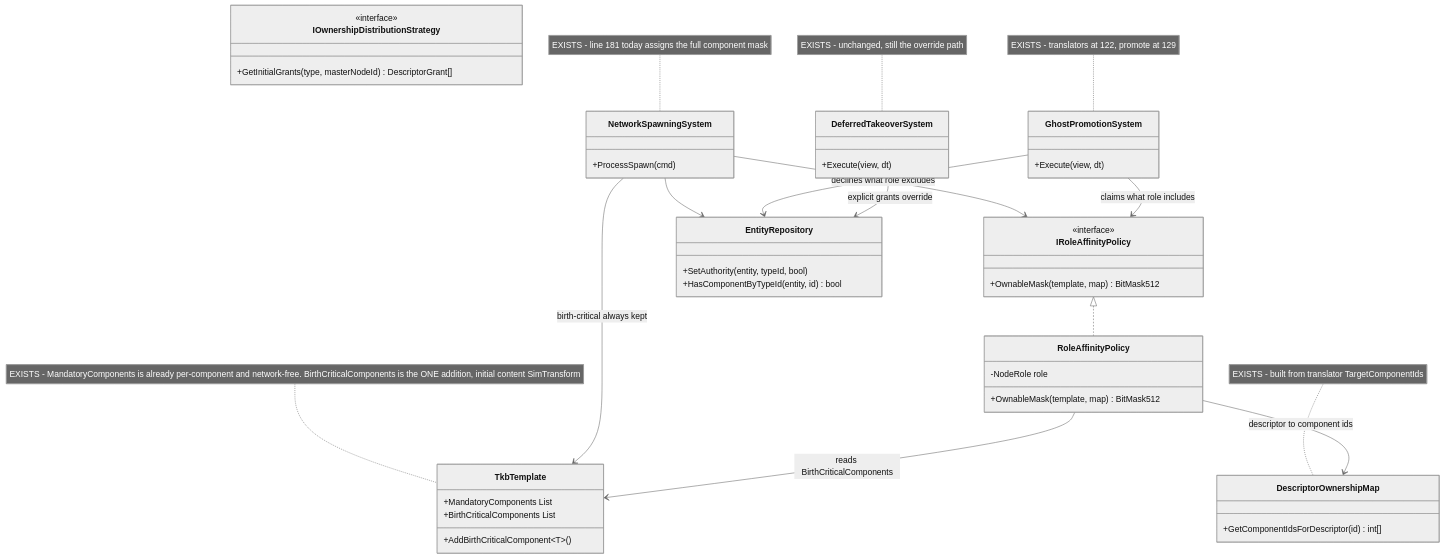
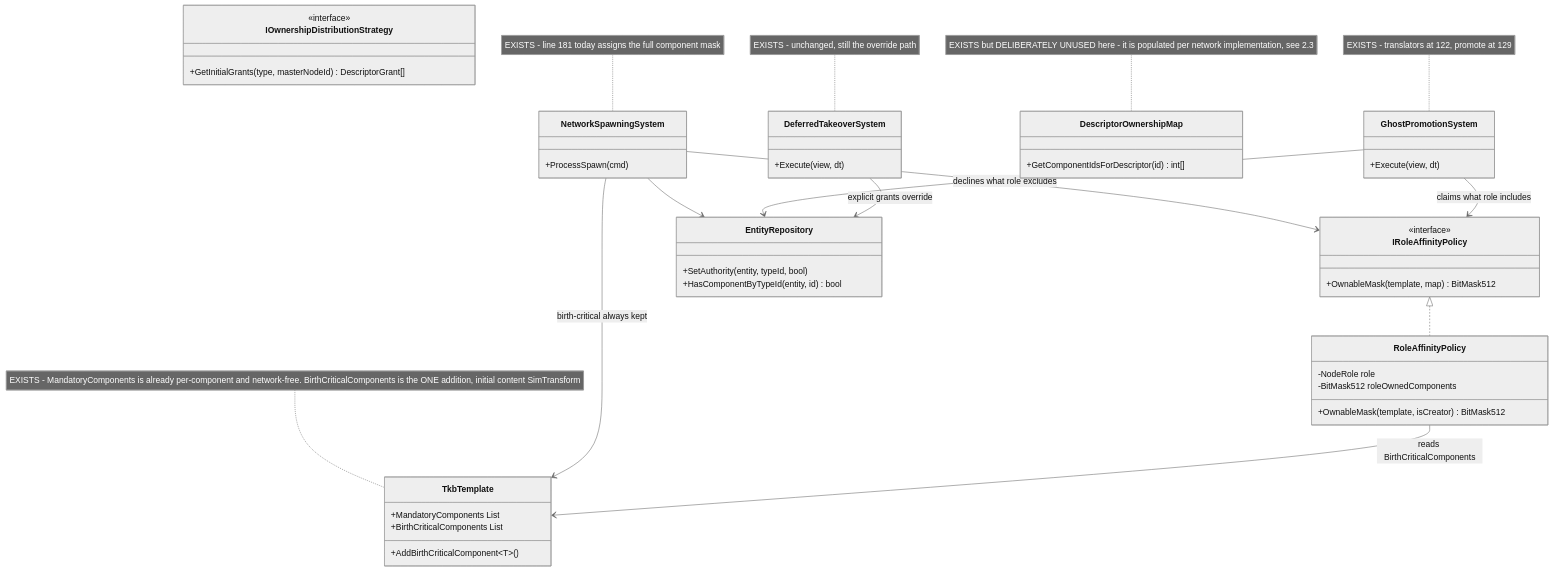
One commit to pjanec/HROT changed the first of 3 diagrams in docs/DESIGN_Role_Affinity_Ownership.md. Above: the diagram before and after it, drawn with Mermaid (neutral theme). The commit also changed other lines of this file, not shown here.

````diff
--- a/docs/DESIGN_Role_Affinity_Ownership.md
+++ b/docs/DESIGN_Role_Affinity_Ownership.md
@@ -233,52 +278,52 @@
 ```mermaid
 classDiagram
     class IRoleAffinityPolicy {
         <<interface>>
         +OwnableMask(template, map) BitMask512
     }
     class RoleAffinityPolicy {
         -NodeRole role
-        +OwnableMask(template, map) BitMask512
+        -BitMask512 roleOwnedComponents
+        +OwnableMask(template, isCreator) BitMask512
     }
     class IOwnershipDistributionStrategy {
         <<interface>>
         +GetInitialGrants(type, masterNodeId) DescriptorGrant[]
     }
     class NetworkSpawningSystem {
         +ProcessSpawn(cmd)
     }
     class GhostPromotionSystem {
         +Execute(view, dt)
     }
     class DescriptorOwnershipMap {
         +GetComponentIdsForDescriptor(id) int[]
     }
     class TkbTemplate {
         +MandatoryComponents List
         +BirthCriticalComponents List
         +AddBirthCriticalComponent~T~()
     }
     class EntityRepository {
         +SetAuthority(entity, typeId, bool)
         +HasComponentByTypeId(entity, id) bool
     }
     class DeferredTakeoverSystem {
         +Execute(view, dt)
     }
 
     IRoleAffinityPolicy <|.. RoleAffinityPolicy
     NetworkSpawningSystem --> IRoleAffinityPolicy : declines what role excludes
     NetworkSpawningSystem --> TkbTemplate : birth-critical always kept
     RoleAffinityPolicy --> TkbTemplate : reads BirthCriticalComponents
     GhostPromotionSystem --> IRoleAffinityPolicy : claims what role includes
-    RoleAffinityPolicy --> DescriptorOwnershipMap : descriptor to component ids
     NetworkSpawningSystem --> EntityRepository
     GhostPromotionSystem --> EntityRepository
     DeferredTakeoverSystem --> EntityRepository : explicit grants override
 
     note for NetworkSpawningSystem "EXISTS - line 181 today assigns the full component mask"
     note for GhostPromotionSystem "EXISTS - translators at 122, promote at 129"
-    note for DescriptorOwnershipMap "EXISTS - built from translator TargetComponentIds"
+    note for DescriptorOwnershipMap "EXISTS but DELIBERATELY UNUSED here - it is populated per network implementation, see 2.3"
     note for TkbTemplate "EXISTS - MandatoryComponents is already per-component and network-free. BirthCriticalComponents is the ONE addition, initial content SimTransform"
     note for DeferredTakeoverSystem "EXISTS - unchanged, still the override path"
 ```
````
